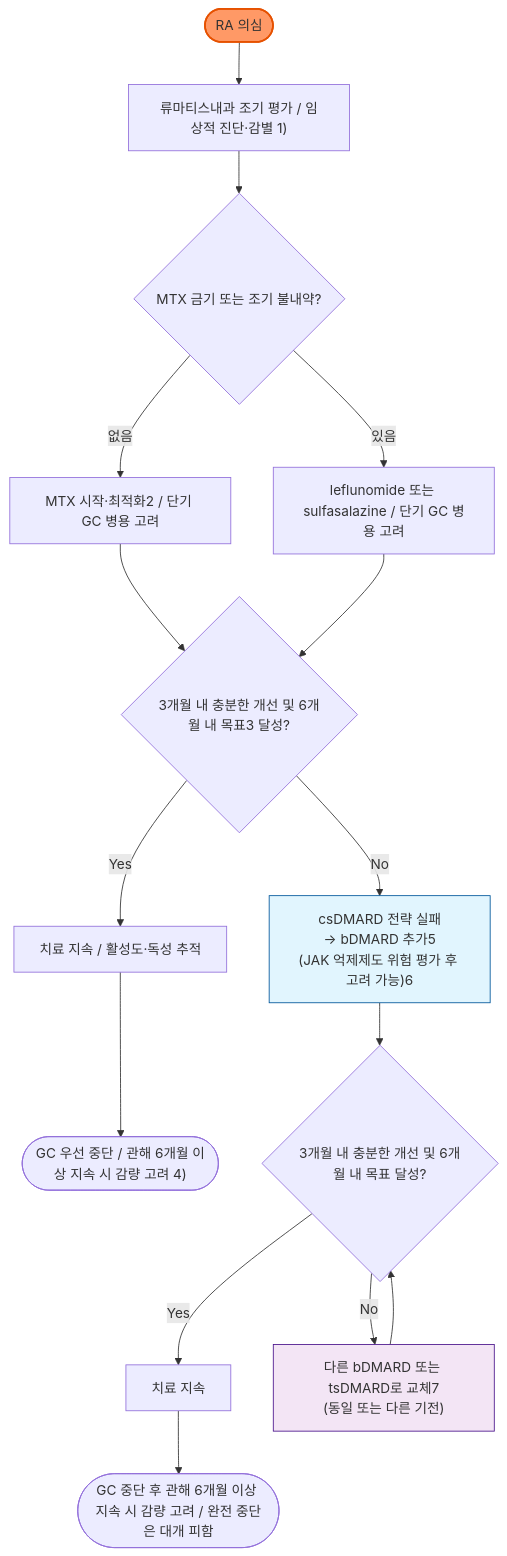
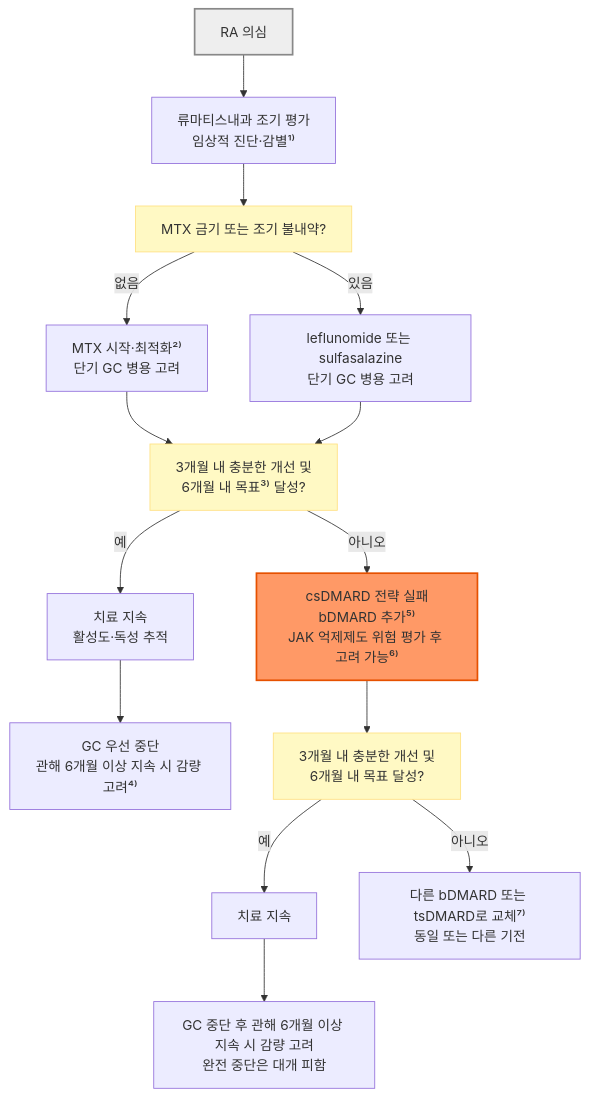
The diagram in 228_/151_-rheumatoid-arthritis.md (familyoh77/familyoh77), drawn with Mermaid before and after one commit. The commit also changed other lines of this file and 10 other files, not shown here.

````diff
--- a/228_/151_-rheumatoid-arthritis.md
+++ b/228_/151_-rheumatoid-arthritis.md
@@ -200,21 +200,21 @@
 ```mermaid
-graph TD
-    A(["RA 의심"]) --> T["류마티스내과 조기 평가 / 임상적 진단·감별 1)"]
-    T --> B{"MTX 금기 또는 조기 불내약?"}
-    B -->|없음| C["MTX 시작·최적화2 / 단기 GC 병용 고려"]
-    B -->|있음| D["leflunomide 또는 sulfasalazine / 단기 GC 병용 고려"]
-    C --> E{"3개월 내 충분한 개선 및 6개월 내 목표3 달성?"}
+flowchart TD
+    A["RA 의심"] --> T["류마티스내과 조기 평가<br>임상적 진단·감별¹⁾"]
+    T --> B["MTX 금기 또는 조기 불내약?"]
+    B -- "없음" --> C["MTX 시작·최적화²⁾<br>단기 GC 병용 고려"]
+    B -- "있음" --> D["leflunomide 또는 sulfasalazine<br>단기 GC 병용 고려"]
+    C --> E["3개월 내 충분한 개선 및<br>6개월 내 목표³⁾ 달성?"]
     D --> E
-    E -->|Yes| F["치료 지속 / 활성도·독성 추적"]
-    F --> G(["GC 우선 중단 / 관해 6개월 이상 지속 시 감량 고려 4)"])
-    E -->|No| H["csDMARD 전략 실패\n→ bDMARD 추가5\n(JAK 억제제도 위험 평가 후 고려 가능)6"]
-    H --> I{"3개월 내 충분한 개선 및 6개월 내 목표 달성?"}
-    I -->|Yes| J[치료 지속]
-    J --> K(["GC 중단 후 관해 6개월 이상 지속 시 감량 고려 / 완전 중단은 대개 피함"])
-    I -->|No| L["다른 bDMARD 또는 tsDMARD로 교체7\n(동일 또는 다른 기전)"]
-    L --> I
+    E -- "예" --> F["치료 지속<br>활성도·독성 추적"]
+    F --> G["GC 우선 중단<br>관해 6개월 이상 지속 시 감량 고려⁴⁾"]
+    E -- "아니오" --> H["csDMARD 전략 실패<br>bDMARD 추가⁵⁾<br>JAK 억제제도 위험 평가 후 고려 가능⁶⁾"]
+    H --> I["3개월 내 충분한 개선 및<br>6개월 내 목표 달성?"]
+    I -- "예" --> J["치료 지속"]
+    J --> K["GC 중단 후 관해 6개월 이상 지속 시 감량 고려<br>완전 중단은 대개 피함"]
+    I -- "아니오" --> L["다른 bDMARD 또는 tsDMARD로 교체⁷⁾<br>동일 또는 다른 기전"]
 
-    style A fill:#f96,stroke:#e65100,stroke-width:2px
-    style H fill:#e1f5fe,stroke:#01579b
-    style L fill:#f3e5f5,stroke:#4a148c
+    classDef question fill:#fff9c4,stroke:#ffe082
+    class B,E,I question
+    style A fill:#eeeeee,stroke:#888888,stroke-width:2px
+    style H fill:#f96,stroke:#e65100,stroke-width:2px
 ```
````
